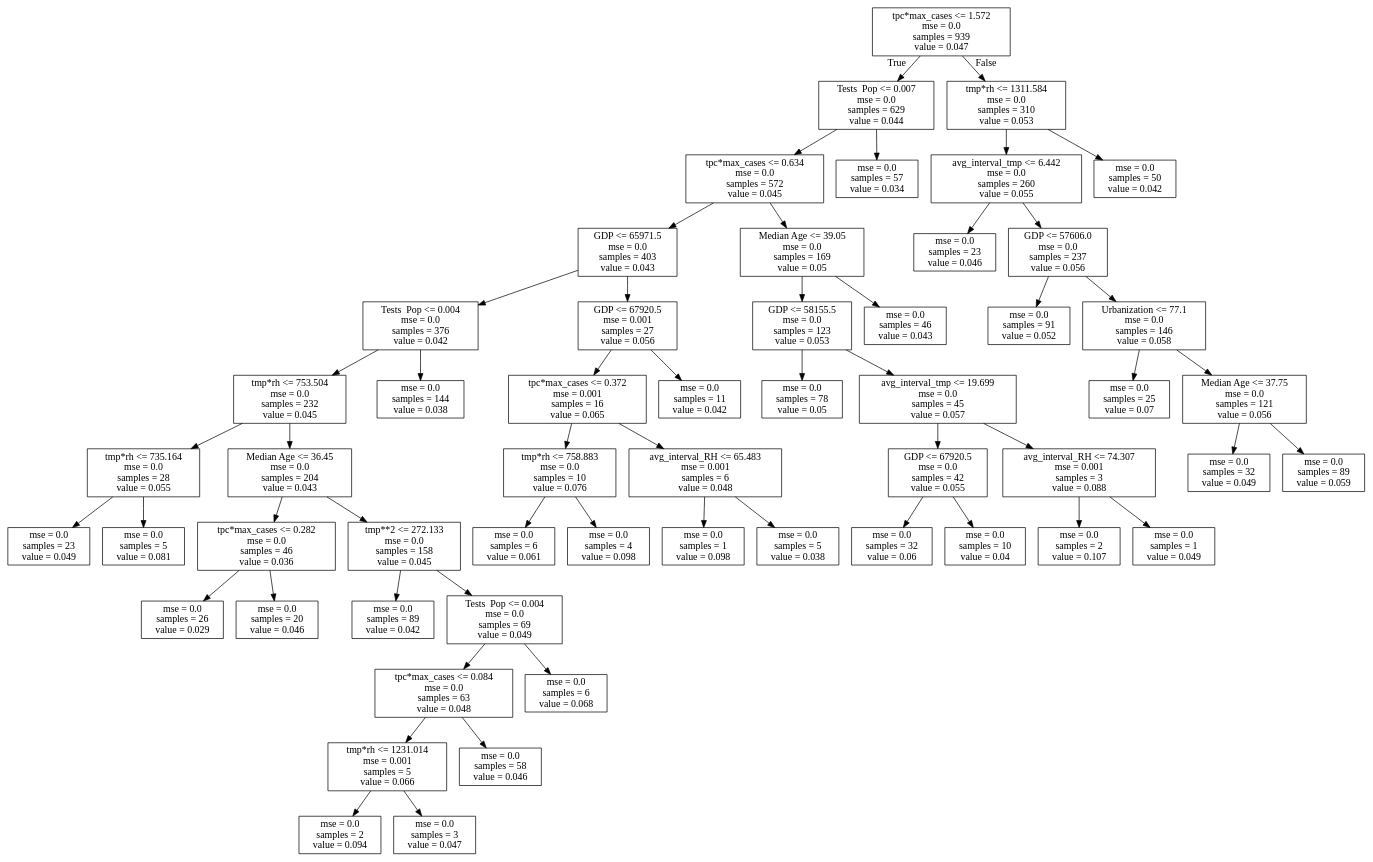
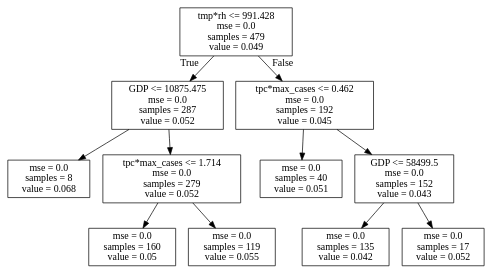
Before and after one commit to hopl1t/covid19: the diagram in products/decision_tree/decision_tree_GF_Q2_run1.dot, drawn with Graphviz. The commit also changed 42 other files, not shown here.

```diff
--- a/products/decision_tree/decision_tree_GF_Q2_run1.dot
+++ b/products/decision_tree/decision_tree_GF_Q2_run1.dot
@@ -1,112 +1,24 @@
 digraph Tree {
 node [shape=box] ;
-0 [label="tpc*max_cases <= 1.572\nmse = 0.0\nsamples = 939\nvalue = 0.047"] ;
-1 [label="Tests \ Pop <= 0.007\nmse = 0.0\nsamples = 629\nvalue = 0.044"] ;
+0 [label="tmp*rh <= 991.428\nmse = 0.0\nsamples = 479\nvalue = 0.049"] ;
+1 [label="GDP <= 10875.475\nmse = 0.0\nsamples = 287\nvalue = 0.052"] ;
 0 -> 1 [labeldistance=2.5, labelangle=45, headlabel="True"] ;
-2 [label="tpc*max_cases <= 0.634\nmse = 0.0\nsamples = 572\nvalue = 0.045"] ;
+2 [label="mse = 0.0\nsamples = 8\nvalue = 0.068"] ;
 1 -> 2 ;
-3 [label="GDP <= 65971.5\nmse = 0.0\nsamples = 403\nvalue = 0.043"] ;
-2 -> 3 ;
-4 [label="Tests \ Pop <= 0.004\nmse = 0.0\nsamples = 376\nvalue = 0.042"] ;
+3 [label="tpc*max_cases <= 1.714\nmse = 0.0\nsamples = 279\nvalue = 0.052"] ;
+1 -> 3 ;
+4 [label="mse = 0.0\nsamples = 160\nvalue = 0.05"] ;
 3 -> 4 ;
-5 [label="tmp*rh <= 753.504\nmse = 0.0\nsamples = 232\nvalue = 0.045"] ;
-4 -> 5 ;
-6 [label="tmp*rh <= 735.164\nmse = 0.0\nsamples = 28\nvalue = 0.055"] ;
-5 -> 6 ;
-7 [label="mse = 0.0\nsamples = 23\nvalue = 0.049"] ;
+5 [label="mse = 0.0\nsamples = 119\nvalue = 0.055"] ;
+3 -> 5 ;
+6 [label="tpc*max_cases <= 0.462\nmse = 0.0\nsamples = 192\nvalue = 0.045"] ;
+0 -> 6 [labeldistance=2.5, labelangle=-45, headlabel="False"] ;
+7 [label="mse = 0.0\nsamples = 40\nvalue = 0.051"] ;
 6 -> 7 ;
-8 [label="mse = 0.0\nsamples = 5\nvalue = 0.081"] ;
+8 [label="GDP <= 58499.5\nmse = 0.0\nsamples = 152\nvalue = 0.043"] ;
 6 -> 8 ;
-9 [label="Median Age <= 36.45\nmse = 0.0\nsamples = 204\nvalue = 0.043"] ;
-5 -> 9 ;
-10 [label="tpc*max_cases <= 0.282\nmse = 0.0\nsamples = 46\nvalue = 0.036"] ;
-9 -> 10 ;
-11 [label="mse = 0.0\nsamples = 26\nvalue = 0.029"] ;
-10 -> 11 ;
-12 [label="mse = 0.0\nsamples = 20\nvalue = 0.046"] ;
-10 -> 12 ;
-13 [label="tmp**2 <= 272.133\nmse = 0.0\nsamples = 158\nvalue = 0.045"] ;
-9 -> 13 ;
-14 [label="mse = 0.0\nsamples = 89\nvalue = 0.042"] ;
-13 -> 14 ;
-15 [label="Tests \ Pop <= 0.004\nmse = 0.0\nsamples = 69\nvalue = 0.049"] ;
-13 -> 15 ;
-16 [label="tpc*max_cases <= 0.084\nmse = 0.0\nsamples = 63\nvalue = 0.048"] ;
-15 -> 16 ;
-17 [label="tmp*rh <= 1231.014\nmse = 0.001\nsamples = 5\nvalue = 0.066"] ;
-16 -> 17 ;
-18 [label="mse = 0.0\nsamples = 2\nvalue = 0.094"] ;
-17 -> 18 ;
-19 [label="mse = 0.0\nsamples = 3\nvalue = 0.047"] ;
-17 -> 19 ;
-20 [label="mse = 0.0\nsamples = 58\nvalue = 0.046"] ;
-16 -> 20 ;
-21 [label="mse = 0.0\nsamples = 6\nvalue = 0.068"] ;
-15 -> 21 ;
-22 [label="mse = 0.0\nsamples = 144\nvalue = 0.038"] ;
-4 -> 22 ;
-23 [label="GDP <= 67920.5\nmse = 0.001\nsamples = 27\nvalue = 0.056"] ;
-3 -> 23 ;
-24 [label="tpc*max_cases <= 0.372\nmse = 0.001\nsamples = 16\nvalue = 0.065"] ;
-23 -> 24 ;
-25 [label="tmp*rh <= 758.883\nmse = 0.0\nsamples = 10\nvalue = 0.076"] ;
-24 -> 25 ;
-26 [label="mse = 0.0\nsamples = 6\nvalue = 0.061"] ;
-25 -> 26 ;
-27 [label="mse = 0.0\nsamples = 4\nvalue = 0.098"] ;
-25 -> 27 ;
-28 [label="avg_interval_RH <= 65.483\nmse = 0.001\nsamples = 6\nvalue = 0.048"] ;
-24 -> 28 ;
-29 [label="mse = 0.0\nsamples = 1\nvalue = 0.098"] ;
-28 -> 29 ;
-30 [label="mse = 0.0\nsamples = 5\nvalue = 0.038"] ;
-28 -> 30 ;
-31 [label="mse = 0.0\nsamples = 11\nvalue = 0.042"] ;
-23 -> 31 ;
-32 [label="Median Age <= 39.05\nmse = 0.0\nsamples = 169\nvalue = 0.05"] ;
-2 -> 32 ;
-33 [label="GDP <= 58155.5\nmse = 0.0\nsamples = 123\nvalue = 0.053"] ;
-32 -> 33 ;
-34 [label="mse = 0.0\nsamples = 78\nvalue = 0.05"] ;
-33 -> 34 ;
-35 [label="avg_interval_tmp <= 19.699\nmse = 0.0\nsamples = 45\nvalue = 0.057"] ;
-33 -> 35 ;
-36 [label="GDP <= 67920.5\nmse = 0.0\nsamples = 42\nvalue = 0.055"] ;
-35 -> 36 ;
-37 [label="mse = 0.0\nsamples = 32\nvalue = 0.06"] ;
-36 -> 37 ;
-38 [label="mse = 0.0\nsamples = 10\nvalue = 0.04"] ;
-36 -> 38 ;
-39 [label="avg_interval_RH <= 74.307\nmse = 0.001\nsamples = 3\nvalue = 0.088"] ;
-35 -> 39 ;
-40 [label="mse = 0.0\nsamples = 2\nvalue = 0.107"] ;
-39 -> 40 ;
-41 [label="mse = 0.0\nsamples = 1\nvalue = 0.049"] ;
-39 -> 41 ;
-42 [label="mse = 0.0\nsamples = 46\nvalue = 0.043"] ;
-32 -> 42 ;
-43 [label="mse = 0.0\nsamples = 57\nvalue = 0.034"] ;
-1 -> 43 ;
-44 [label="tmp*rh <= 1311.584\nmse = 0.0\nsamples = 310\nvalue = 0.053"] ;
-0 -> 44 [labeldistance=2.5, labelangle=-45, headlabel="False"] ;
-45 [label="avg_interval_tmp <= 6.442\nmse = 0.0\nsamples = 260\nvalue = 0.055"] ;
-44 -> 45 ;
-46 [label="mse = 0.0\nsamples = 23\nvalue = 0.046"] ;
-45 -> 46 ;
-47 [label="GDP <= 57606.0\nmse = 0.0\nsamples = 237\nvalue = 0.056"] ;
-45 -> 47 ;
-48 [label="mse = 0.0\nsamples = 91\nvalue = 0.052"] ;
-47 -> 48 ;
-49 [label="Urbanization <= 77.1\nmse = 0.0\nsamples = 146\nvalue = 0.058"] ;
-47 -> 49 ;
-50 [label="mse = 0.0\nsamples = 25\nvalue = 0.07"] ;
-49 -> 50 ;
-51 [label="Median Age <= 37.75\nmse = 0.0\nsamples = 121\nvalue = 0.056"] ;
-49 -> 51 ;
-52 [label="mse = 0.0\nsamples = 32\nvalue = 0.049"] ;
-51 -> 52 ;
-53 [label="mse = 0.0\nsamples = 89\nvalue = 0.059"] ;
-51 -> 53 ;
-54 [label="mse = 0.0\nsamples = 50\nvalue = 0.042"] ;
-44 -> 54 ;
+9 [label="mse = 0.0\nsamples = 135\nvalue = 0.042"] ;
+8 -> 9 ;
+10 [label="mse = 0.0\nsamples = 17\nvalue = 0.052"] ;
+8 -> 10 ;
 }
```
